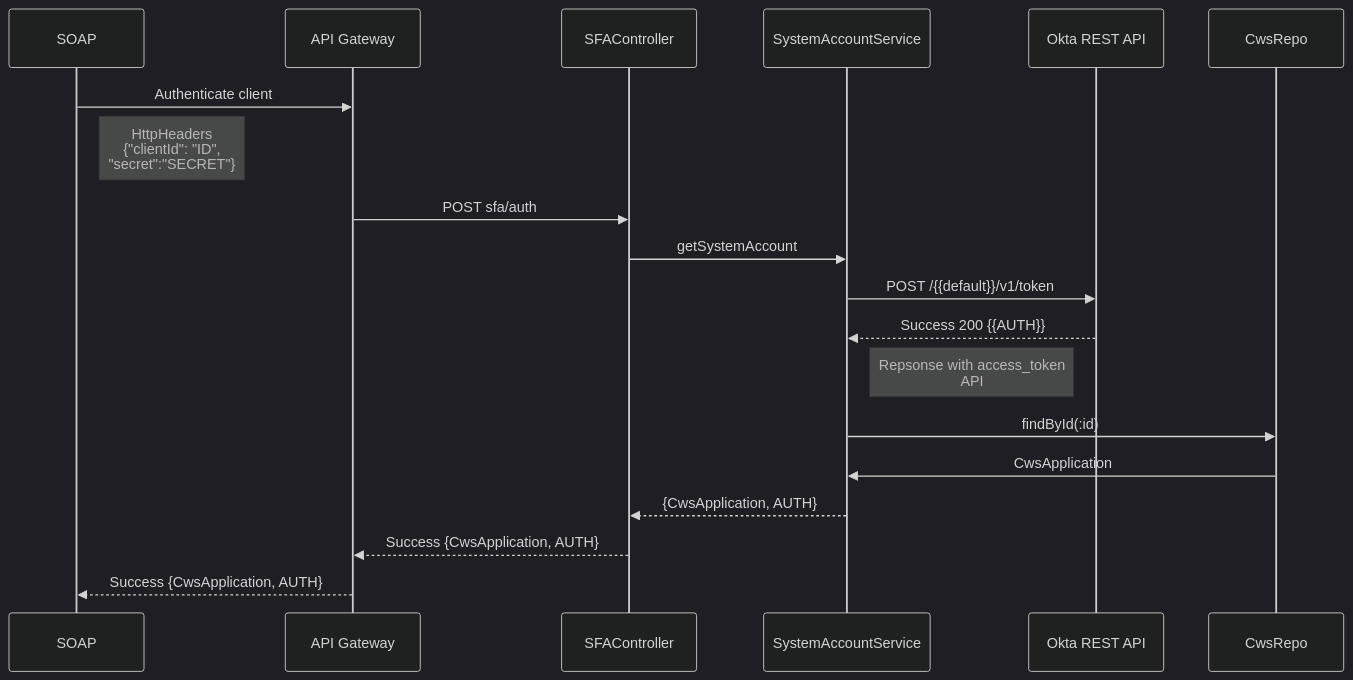
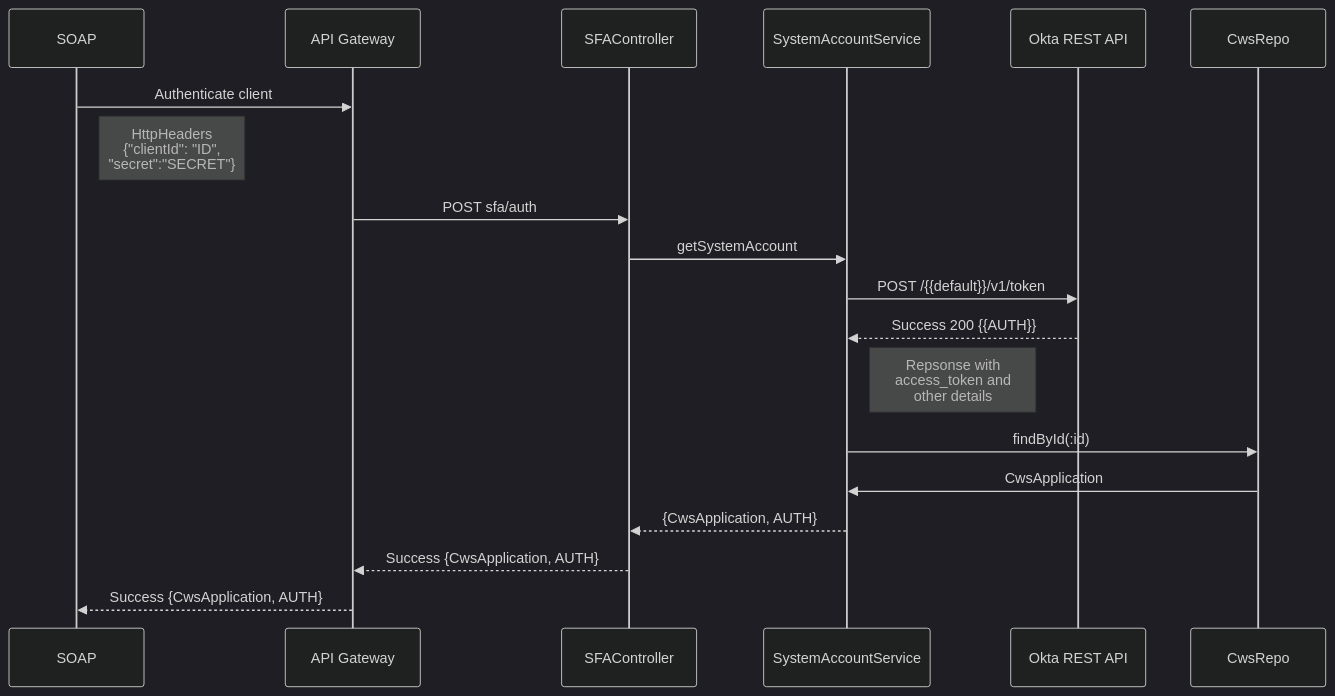
The fourth of 4 diagrams in README.md (venuduggireddy/slakedit), drawn with Mermaid (dark theme) before and after one commit. The commit also changed other lines of this file, not shown here.

````diff
--- a/README.md
+++ b/README.md
@@ -123,15 +123,15 @@
 ```mermaid
 sequenceDiagram
 SOAP ->> API Gateway: Authenticate client
 Note right of SOAP: HttpHeaders <br/>{"clientId": "ID",<br/> "secret":"SECRET"}
 API Gateway->>SFAController: POST sfa/auth
 SFAController ->> SystemAccountService: getSystemAccount
 SystemAccountService ->> Okta REST API: POST /{{default}}/v1/token
 Okta REST API-->> SystemAccountService: Success 200 {{AUTH}}
-Note right of SystemAccountService: Repsonse with access_token<br/> API
+Note right of SystemAccountService: Repsonse with <br/> access_token and <br/> other details
 SystemAccountService ->> CwsRepo: findById(:id)
 CwsRepo ->> SystemAccountService: CwsApplication
 SystemAccountService -->> SFAController: {CwsApplication, AUTH}
 SFAController -->> API Gateway: Success {CwsApplication, AUTH}
 API Gateway -->> SOAP: Success {CwsApplication, AUTH}
 ```
````
